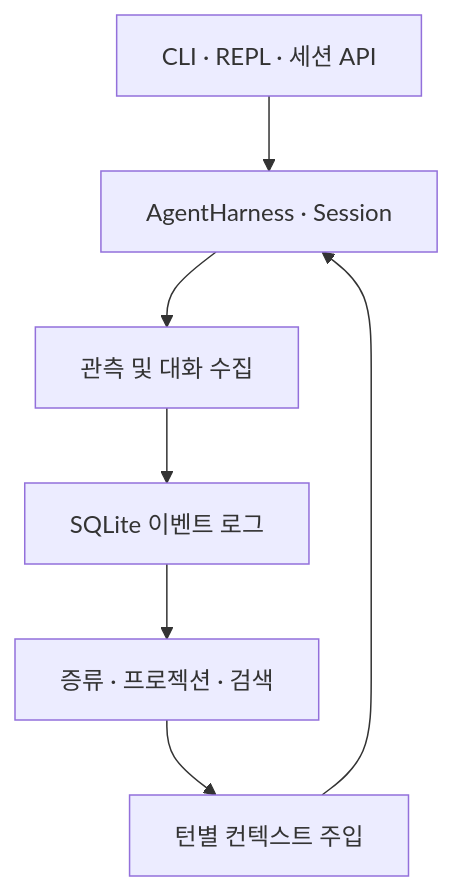
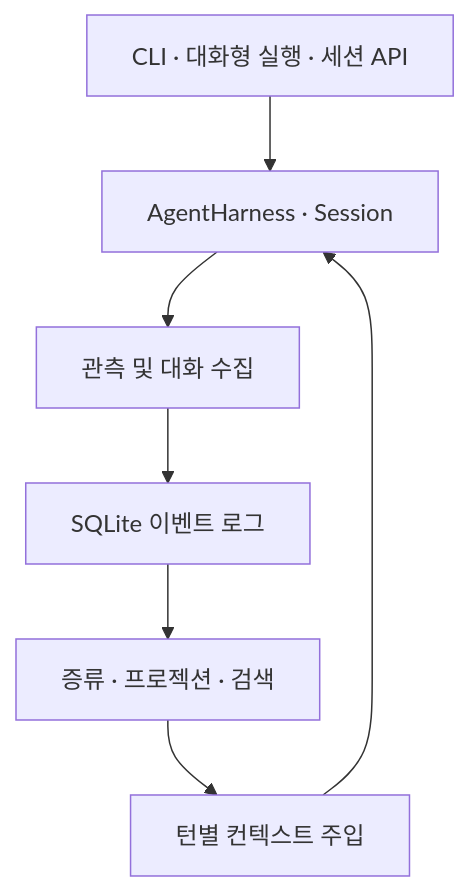
The diagram in README.md (shakystar/mori), drawn with Mermaid before and after one commit. The commit also changed other lines of this file and 1 other file, not shown here.

````diff
--- a/README.md
+++ b/README.md
@@ -23,9 +23,9 @@
 ```mermaid
 flowchart TD
-  A["CLI · REPL · 세션 API"] --> B["AgentHarness · Session"]
+  A["CLI · 대화형 실행 · 세션 API"] --> B["AgentHarness · Session"]
   B --> C["관측 및 대화 수집"]
   C --> D["SQLite 이벤트 로그"]
   D --> E["증류 · 프로젝션 · 검색"]
   E --> F["턴별 컨텍스트 주입"]
   F --> B
 ```
````
